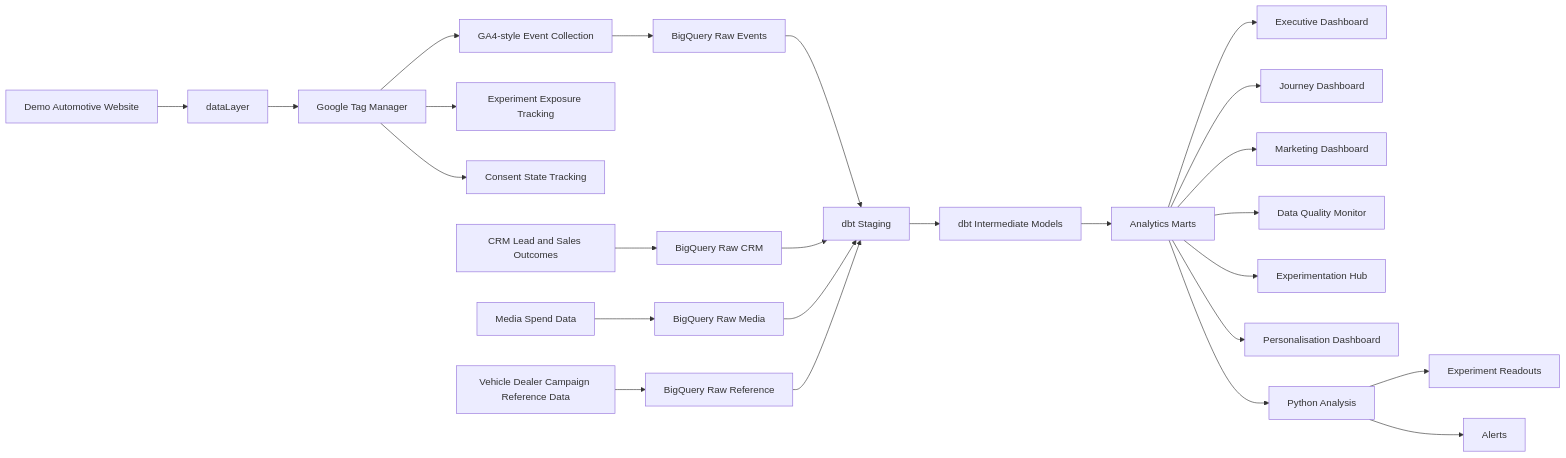
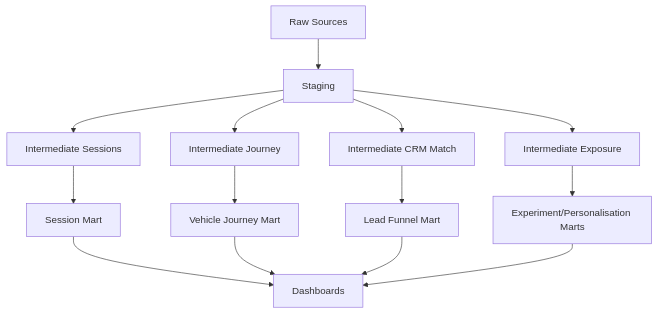
The diagram in architecture/diagrams/logical-architecture.mmd (ozzy2438/drive-to-joy-automotive-analytics), drawn with Mermaid before and after one commit. The commit also changed 30 other files, not shown here.

Commit message:
chore: add GitHub workflows and complete architecture documentation

```diff
--- a/architecture/diagrams/logical-architecture.mmd
+++ b/architecture/diagrams/logical-architecture.mmd
@@ -1,25 +1,14 @@
-flowchart LR
-    A[Demo Automotive Website] --> B[dataLayer]
-    B --> C[Google Tag Manager]
-    C --> D[GA4-style Event Collection]
-    C --> E[Experiment Exposure Tracking]
-    C --> F[Consent State Tracking]
-    D --> G[BigQuery Raw Events]
-    H[CRM Lead and Sales Outcomes] --> I[BigQuery Raw CRM]
-    J[Media Spend Data] --> K[BigQuery Raw Media]
-    L[Vehicle Dealer Campaign Reference Data] --> M[BigQuery Raw Reference]
-    G --> N[dbt Staging]
-    I --> N
-    K --> N
-    M --> N
-    N --> O[dbt Intermediate Models]
-    O --> P[Analytics Marts]
-    P --> Q[Executive Dashboard]
-    P --> R[Journey Dashboard]
-    P --> S[Marketing Dashboard]
-    P --> T[Data Quality Monitor]
-    P --> U[Experimentation Hub]
-    P --> V[Personalisation Dashboard]
-    P --> W[Python Analysis]
-    W --> X[Experiment Readouts]
-    W --> Y[Alerts]
+flowchart TD
+  A[Raw Sources] --> B[Staging]
+  B --> C[Intermediate Sessions]
+  B --> D[Intermediate Journey]
+  B --> E[Intermediate CRM Match]
+  B --> F[Intermediate Exposure]
+  C --> G[Session Mart]
+  D --> H[Vehicle Journey Mart]
+  E --> I[Lead Funnel Mart]
+  F --> J[Experiment/Personalisation Marts]
+  G --> K[Dashboards]
+  H --> K
+  I --> K
+  J --> K
```
